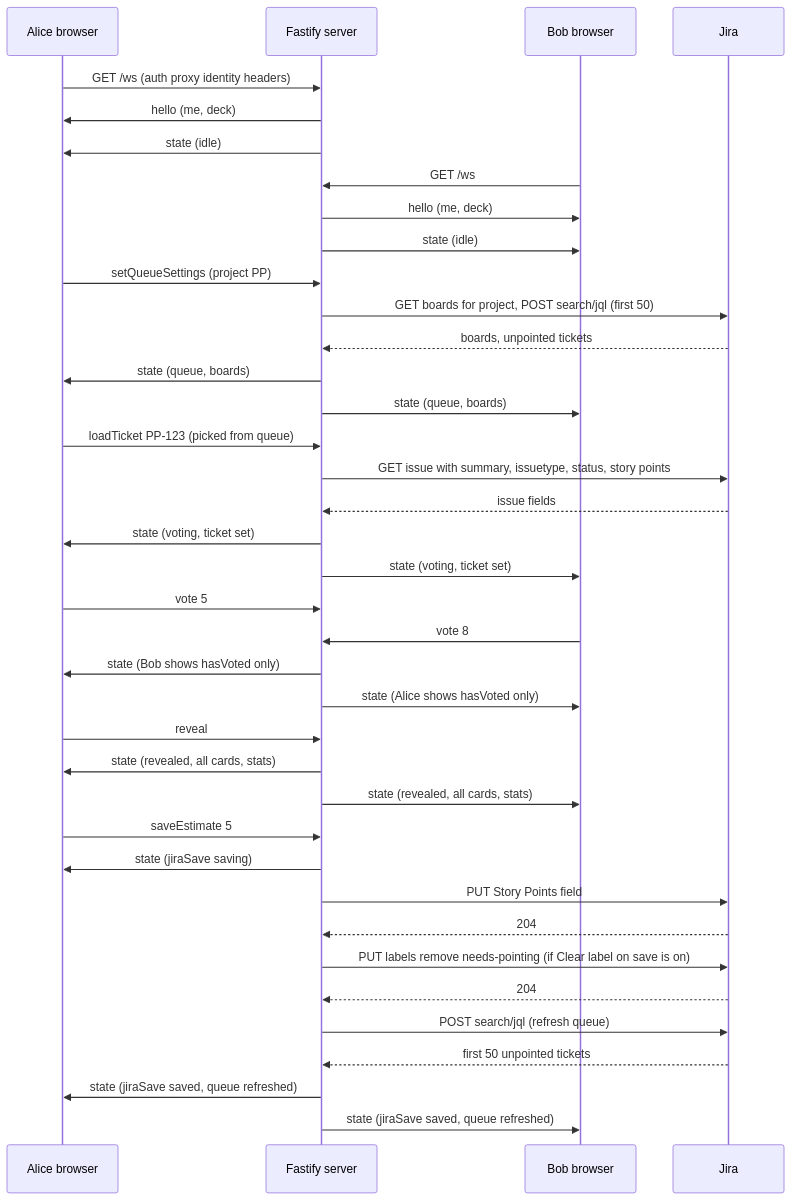
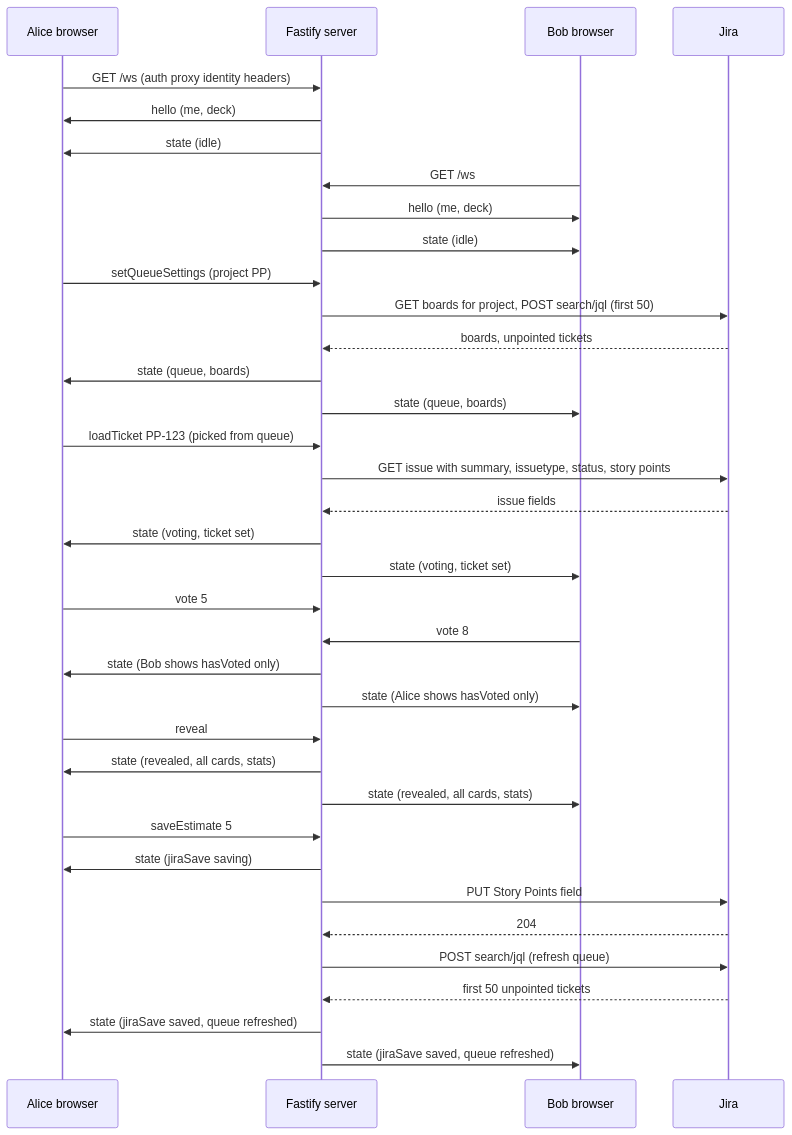
Before and after one commit to thatguyinabeanie/pointing-poker: the second of 2 diagrams in docs/spec/01-overview.md, drawn with Mermaid. The commit also changed other lines of this file and 60 other files, not shown here.

````diff
--- a/docs/spec/01-overview.md
+++ b/docs/spec/01-overview.md
@@ -74,40 +75,38 @@
 ```mermaid
 sequenceDiagram
   participant A as Alice browser
   participant S as Fastify server
   participant B as Bob browser
   participant J as Jira
   A->>S: GET /ws (auth proxy identity headers)
   S->>A: hello (me, deck)
   S->>A: state (idle)
   B->>S: GET /ws
   S->>B: hello (me, deck)
   S->>B: state (idle)
   A->>S: setQueueSettings (project PP)
   S->>J: GET boards for project, POST search/jql (first 50)
   J-->>S: boards, unpointed tickets
   S->>A: state (queue, boards)
   S->>B: state (queue, boards)
   A->>S: loadTicket PP-123 (picked from queue)
   S->>J: GET issue with summary, issuetype, status, story points
   J-->>S: issue fields
   S->>A: state (voting, ticket set)
   S->>B: state (voting, ticket set)
   A->>S: vote 5
   B->>S: vote 8
   S->>A: state (Bob shows hasVoted only)
   S->>B: state (Alice shows hasVoted only)
   A->>S: reveal
   S->>A: state (revealed, all cards, stats)
   S->>B: state (revealed, all cards, stats)
   A->>S: saveEstimate 5
   S->>A: state (jiraSave saving)
   S->>J: PUT Story Points field
   J-->>S: 204
-  S->>J: PUT labels remove needs-pointing (if Clear label on save is on)
-  J-->>S: 204
   S->>J: POST search/jql (refresh queue)
   J-->>S: first 50 unpointed tickets
   S->>A: state (jiraSave saved, queue refreshed)
   S->>B: state (jiraSave saved, queue refreshed)
 ```
````
